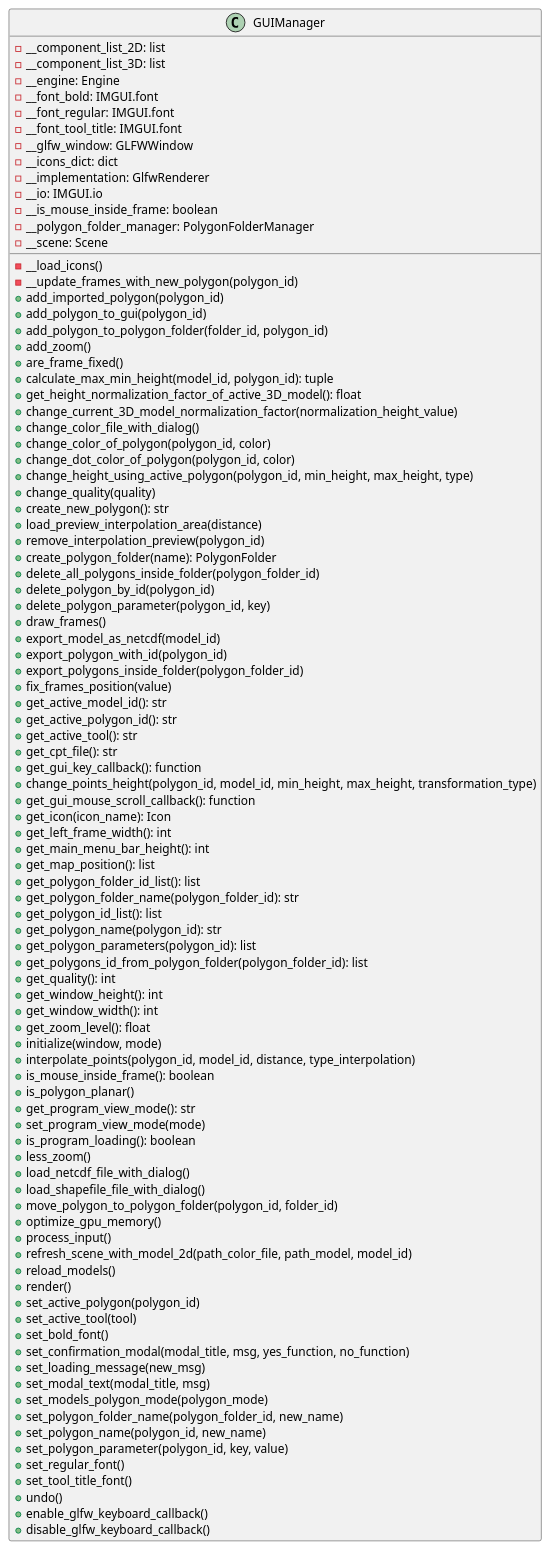
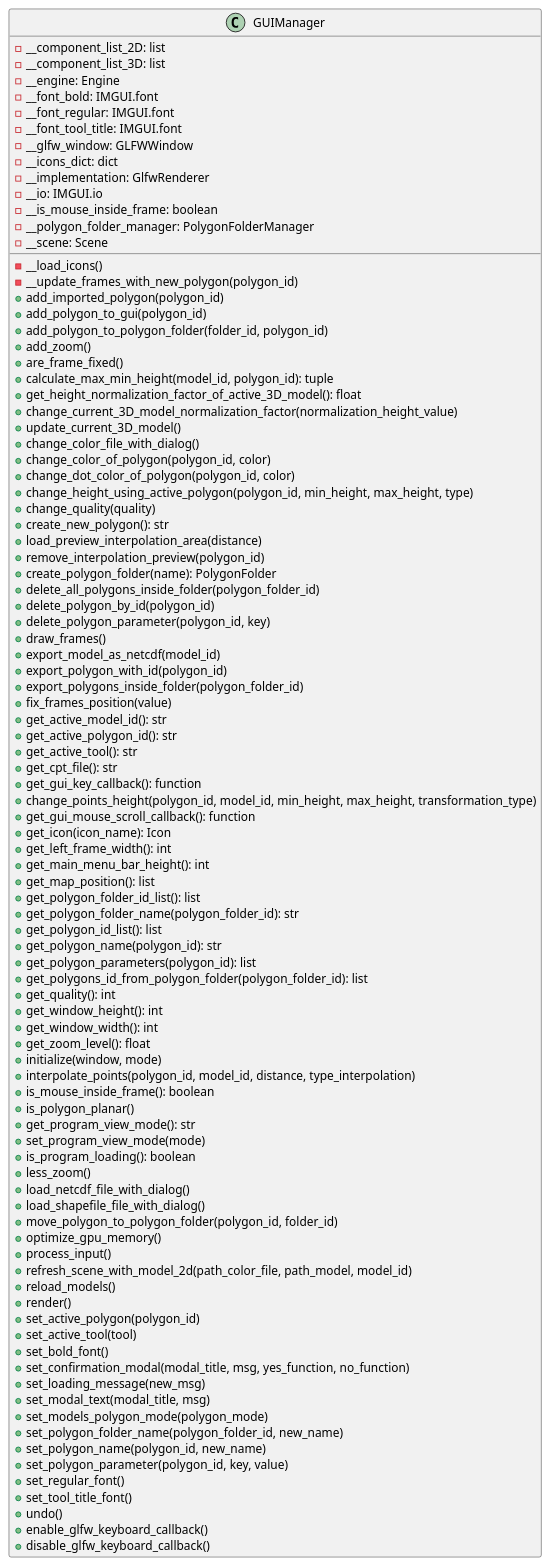
Before and after one commit to ferpoble2/Relief_Creator: the diagram in docs/classes/GUIManager.puml, drawn with PlantUML. The commit also changed 9 other files, not shown here.

```diff
--- a/docs/classes/GUIManager.puml
+++ b/docs/classes/GUIManager.puml
@@ -1,98 +1,99 @@
 @startuml
 'https://plantuml.com/class-diagram
 class GUIManager{
     - __component_list_2D: list
     - __component_list_3D: list
     - __engine: Engine
     - __font_bold: IMGUI.font
     - __font_regular: IMGUI.font
     - __font_tool_title: IMGUI.font
     - __glfw_window: GLFWWindow
     - __icons_dict: dict
     - __implementation: GlfwRenderer
     - __io: IMGUI.io
     - __is_mouse_inside_frame: boolean
     - __polygon_folder_manager: PolygonFolderManager
     - __scene: Scene
 
     - __load_icons()
     - __update_frames_with_new_polygon(polygon_id)
     + add_imported_polygon(polygon_id)
     + add_polygon_to_gui(polygon_id)
     + add_polygon_to_polygon_folder(folder_id, polygon_id)
     + add_zoom()
     + are_frame_fixed()
     + calculate_max_min_height(model_id, polygon_id): tuple
     + get_height_normalization_factor_of_active_3D_model(): float
     + change_current_3D_model_normalization_factor(normalization_height_value)
+    + update_current_3D_model()
     + change_color_file_with_dialog()
     + change_color_of_polygon(polygon_id, color)
     + change_dot_color_of_polygon(polygon_id, color)
     + change_height_using_active_polygon(polygon_id, min_height, max_height, type)
     + change_quality(quality)
     + create_new_polygon(): str
     + load_preview_interpolation_area(distance)
     + remove_interpolation_preview(polygon_id)
     + create_polygon_folder(name): PolygonFolder
     + delete_all_polygons_inside_folder(polygon_folder_id)
     + delete_polygon_by_id(polygon_id)
     + delete_polygon_parameter(polygon_id, key)
     + draw_frames()
     + export_model_as_netcdf(model_id)
     + export_polygon_with_id(polygon_id)
     + export_polygons_inside_folder(polygon_folder_id)
     + fix_frames_position(value)
     + get_active_model_id(): str
     + get_active_polygon_id(): str
     + get_active_tool(): str
     + get_cpt_file(): str
     + get_gui_key_callback(): function
     + change_points_height(polygon_id, model_id, min_height, max_height, transformation_type)
     + get_gui_mouse_scroll_callback(): function
     + get_icon(icon_name): Icon
     + get_left_frame_width(): int
     + get_main_menu_bar_height(): int
     + get_map_position(): list
     + get_polygon_folder_id_list(): list
     + get_polygon_folder_name(polygon_folder_id): str
     + get_polygon_id_list(): list
     + get_polygon_name(polygon_id): str
     + get_polygon_parameters(polygon_id): list
     + get_polygons_id_from_polygon_folder(polygon_folder_id): list
     + get_quality(): int
     + get_window_height(): int
     + get_window_width(): int
     + get_zoom_level(): float
     + initialize(window, mode)
     + interpolate_points(polygon_id, model_id, distance, type_interpolation)
     + is_mouse_inside_frame(): boolean
     + is_polygon_planar()
     + get_program_view_mode(): str
     + set_program_view_mode(mode)
     + is_program_loading(): boolean
     + less_zoom()
     + load_netcdf_file_with_dialog()
     + load_shapefile_file_with_dialog()
     + move_polygon_to_polygon_folder(polygon_id, folder_id)
     + optimize_gpu_memory()
     + process_input()
     + refresh_scene_with_model_2d(path_color_file, path_model, model_id)
     + reload_models()
     + render()
     + set_active_polygon(polygon_id)
     + set_active_tool(tool)
     + set_bold_font()
     + set_confirmation_modal(modal_title, msg, yes_function, no_function)
     + set_loading_message(new_msg)
     + set_modal_text(modal_title, msg)
     + set_models_polygon_mode(polygon_mode)
     + set_polygon_folder_name(polygon_folder_id, new_name)
     + set_polygon_name(polygon_id, new_name)
     + set_polygon_parameter(polygon_id, key, value)
     + set_regular_font()
     + set_tool_title_font()
     + undo()
     + enable_glfw_keyboard_callback()
     + disable_glfw_keyboard_callback()
 }
 @enduml
```
